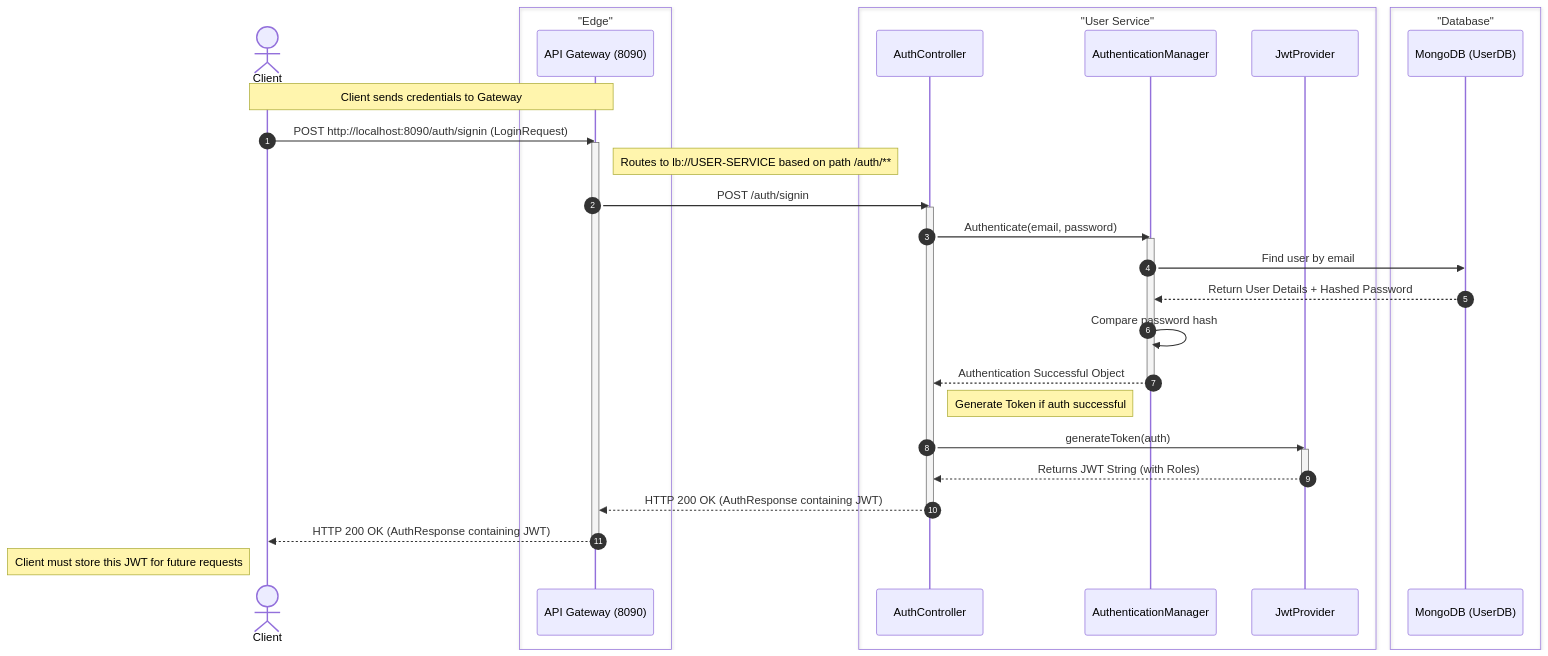
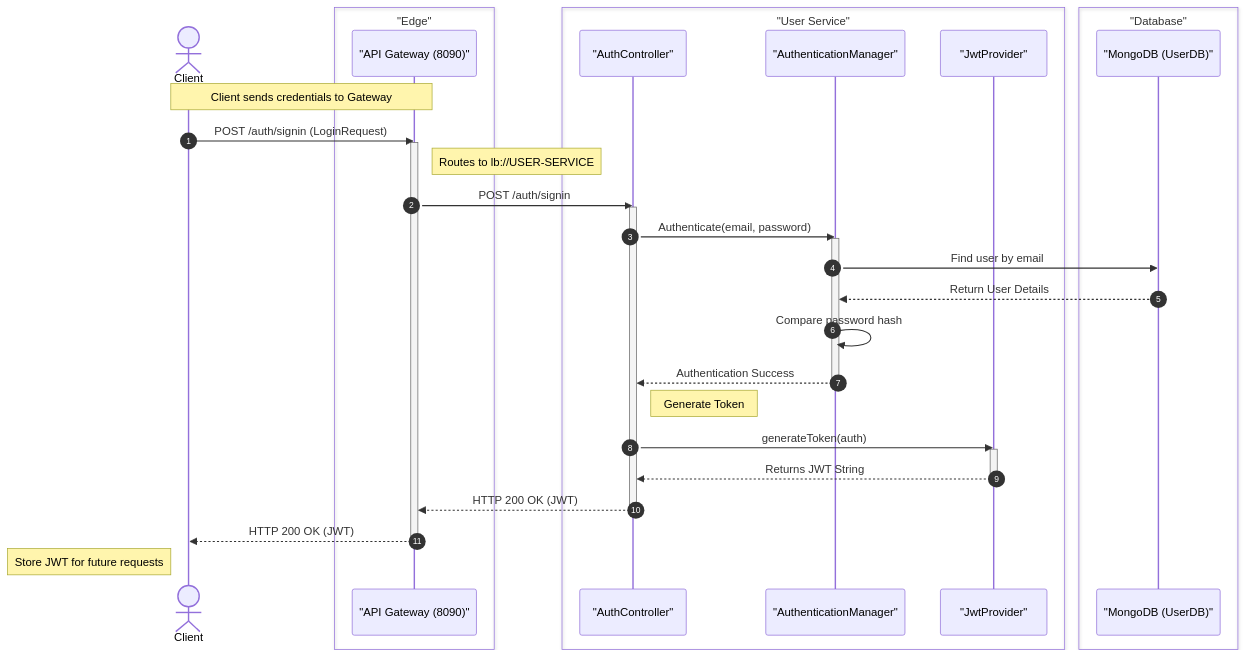
Before and after one commit to harman-04/task-management-system-orchestrator-microservices: the second of 19 diagrams in README.md, drawn with Mermaid. The commit also changed other lines of this file, not shown here.

Commit message:
docs: resolve Mermaid rendering errors in README

````diff
--- a/README.md
+++ b/README.md
@@ -140,44 +142,47 @@
 ```mermaid
 sequenceDiagram
     autonumber
     actor Client
-    box "Edge" #e1bee7
-    participant Gateway as API Gateway (8090)
-    end
-    box "User Service" #bbdefb
-    participant AuthCtrl as AuthController
-    participant AuthMgr as AuthenticationManager
-    participant JwtProv as JwtProvider
-    end
-    box "Database" #fff9c4
-    participant Mongo as MongoDB (UserDB)
-    end
 
-    Note over Client, Gateway: Client sends credentials to Gateway
-    Client->>Gateway: POST http://localhost:8090/auth/signin (LoginRequest)
-    activate Gateway
-    Note right of Gateway: Routes to lb://USER-SERVICE based on path /auth/**
-    Gateway->>AuthCtrl: POST /auth/signin
-    activate AuthCtrl
-    
-    AuthCtrl->>AuthMgr: Authenticate(email, password)
-    activate AuthMgr
-    AuthMgr->>Mongo: Find user by email
-    Mongo-->>AuthMgr: Return User Details + Hashed Password
-    AuthMgr->>AuthMgr: Compare password hash
-    AuthMgr-->>AuthCtrl: Authentication Successful Object
-    deactivate AuthMgr
+box "Edge" #e1bee7
+participant Gateway as "API Gateway (8090)"
+end
 
-    Note right of AuthCtrl: Generate Token if auth successful
-    AuthCtrl->>JwtProv: generateToken(auth)
-    activate JwtProv
-    JwtProv-->>AuthCtrl: Returns JWT String (with Roles)
-    deactivate JwtProv
+box "User Service" #bbdefb
+participant AuthCtrl as "AuthController"
+participant AuthMgr as "AuthenticationManager"
+participant JwtProv as "JwtProvider"
+end
 
-    AuthCtrl-->>Gateway: HTTP 200 OK (AuthResponse containing JWT)
-    deactivate AuthCtrl
-    Gateway-->>Client: HTTP 200 OK (AuthResponse containing JWT)
-    deactivate Gateway
-    Note left of Client: Client must store this JWT for future requests
+box "Database" #fff9c4
+participant Mongo as "MongoDB (UserDB)"
+end
 
+Note over Client, Gateway: Client sends credentials to Gateway
+Client->>Gateway: POST /auth/signin (LoginRequest)
+activate Gateway
+Note right of Gateway: Routes to lb://USER-SERVICE
+Gateway->>AuthCtrl: POST /auth/signin
+activate AuthCtrl
+
+AuthCtrl->>AuthMgr: Authenticate(email, password)
+activate AuthMgr
+AuthMgr->>Mongo: Find user by email
+Mongo-->>AuthMgr: Return User Details
+AuthMgr->>AuthMgr: Compare password hash
+AuthMgr-->>AuthCtrl: Authentication Success
+deactivate AuthMgr
+
+Note right of AuthCtrl: Generate Token
+AuthCtrl->>JwtProv: generateToken(auth)
+activate JwtProv
+JwtProv-->>AuthCtrl: Returns JWT String
+deactivate JwtProv
+
+AuthCtrl-->>Gateway: HTTP 200 OK (JWT)
+deactivate AuthCtrl
+Gateway-->>Client: HTTP 200 OK (JWT)
+deactivate Gateway
+
+Note left of Client: Store JWT for future requests
 ```
````
